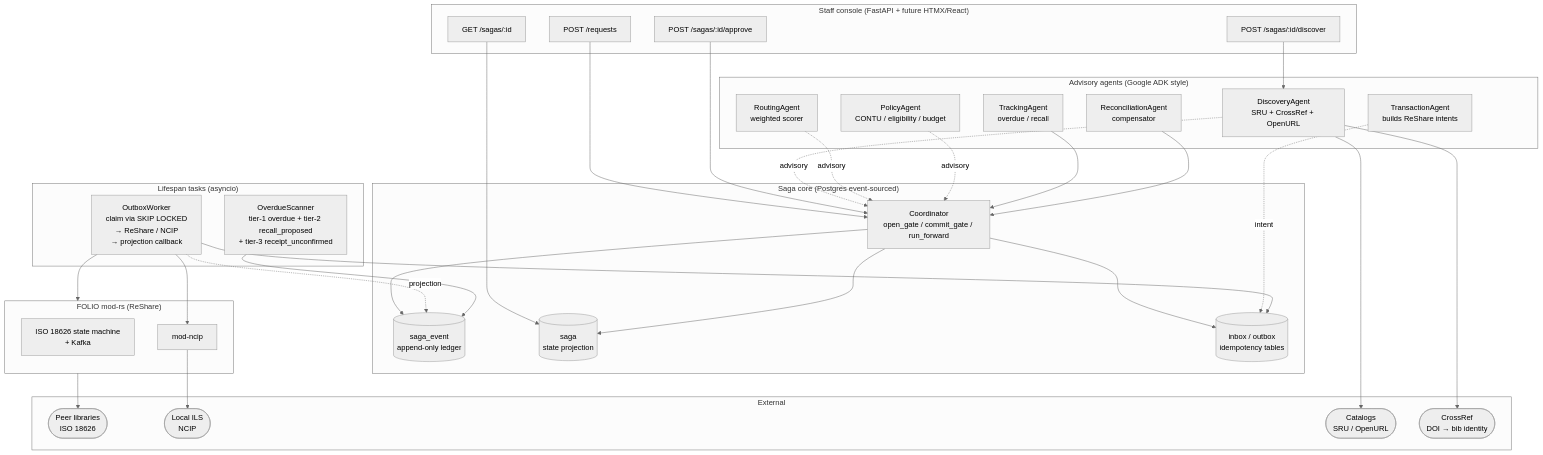
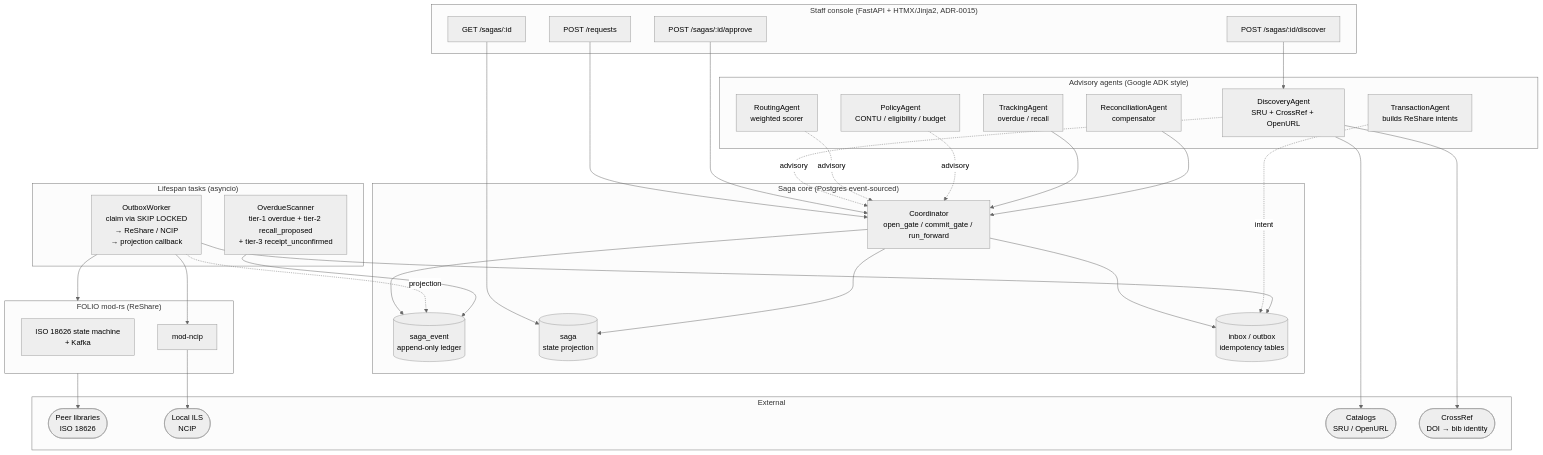
One commit to gmanch94/agora changed the first of 5 diagrams in docs/architecture.md. Above: the diagram before and after it, drawn with Mermaid. The commit also changed 6 other files, not shown here.

````diff
--- a/docs/architecture.md
+++ b/docs/architecture.md
@@ -27,73 +27,73 @@
 ```mermaid
 ---
 config:
   theme: neutral
 ---
 flowchart TB
-    subgraph UI["Staff console (FastAPI + future HTMX/React)"]
+    subgraph UI["Staff console (FastAPI + HTMX/Jinja2, ADR-0015)"]
         UI_REQ["POST /requests"]
         UI_SAGA["GET /sagas/:id"]
         UI_APPROVE["POST /sagas/:id/approve"]
         UI_DISCOVER["POST /sagas/:id/discover"]
     end
 
     subgraph AGENTS["Advisory agents (Google ADK style)"]
         DISC["DiscoveryAgent<br/>SRU + CrossRef + OpenURL"]
         ROUTE["RoutingAgent<br/>weighted scorer"]
         POL["PolicyAgent<br/>CONTU / eligibility / budget"]
         TX["TransactionAgent<br/>builds ReShare intents"]
         TRK["TrackingAgent<br/>overdue / recall"]
         REC["ReconciliationAgent<br/>compensator"]
     end
 
     subgraph SAGA["Saga core (Postgres event-sourced)"]
         COORD["Coordinator<br/>open_gate / commit_gate / run_forward"]
         LEDGER[("saga_event<br/>append-only ledger")]
         SAGAS[("saga<br/>state projection")]
         IDEM[("inbox / outbox<br/>idempotency tables")]
     end
 
     subgraph WORKERS["Lifespan tasks (asyncio)"]
         OUTW["OutboxWorker<br/>claim via SKIP LOCKED<br/>→ ReShare / NCIP<br/>→ projection callback"]
         SCAN["OverdueScanner<br/>tier-1 overdue + tier-2 recall_proposed<br/>+ tier-3 receipt_unconfirmed"]
     end
 
     subgraph RESHARE["FOLIO mod-rs (ReShare)"]
         MODRS["ISO 18626 state machine<br/>+ Kafka"]
         MODNCIP["mod-ncip"]
     end
 
     subgraph EXT["External"]
         PEERS(["Peer libraries<br/>ISO 18626"])
         ILS(["Local ILS<br/>NCIP"])
         CAT(["Catalogs<br/>SRU / OpenURL"])
         XREF(["CrossRef<br/>DOI → bib identity"])
     end
 
     UI_REQ --> COORD
     UI_APPROVE --> COORD
     UI_SAGA --> SAGAS
     UI_DISCOVER --> DISC
 
     COORD --> LEDGER
     COORD --> SAGAS
     COORD --> IDEM
 
     DISC -.advisory.-> COORD
     ROUTE -.advisory.-> COORD
     POL  -.advisory.-> COORD
     TX   -.intent.-> IDEM
     TRK  --> COORD
     REC  --> COORD
 
     OUTW --> IDEM
     OUTW --> RESHARE
     OUTW --> MODNCIP
     OUTW -.projection.-> LEDGER
     SCAN --> LEDGER
 
     DISC --> CAT
     DISC --> XREF
     RESHARE --> PEERS
     MODNCIP --> ILS
 ```
````
